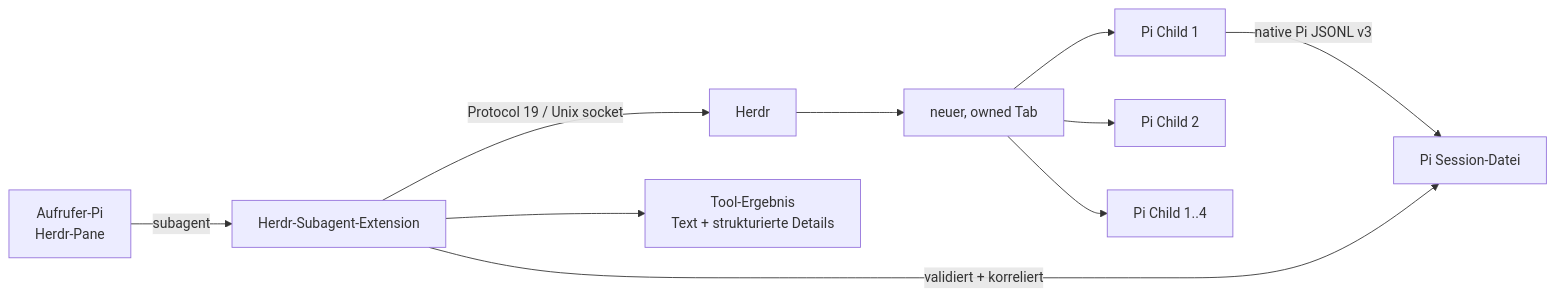
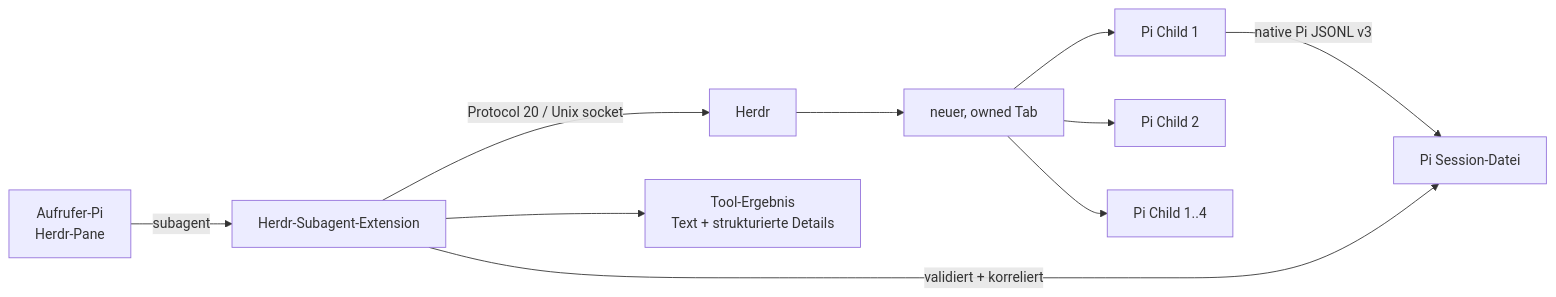
The first of 6 diagrams in .pi/agent/extensions/herdr-subagent/README.md (Eckii24/dotfiles), drawn with Mermaid before and after one commit. The commit also changed other lines of this file and 6 other files, not shown here.

Commit message:
fix(herdr): update protocol compatibility handling

````diff
--- a/.pi/agent/extensions/herdr-subagent/README.md
+++ b/.pi/agent/extensions/herdr-subagent/README.md
@@ -28,12 +28,12 @@
 ```mermaid
 flowchart LR
   P[Aufrufer-Pi\nHerdr-Pane] -->|subagent| E[Herdr-Subagent-Extension]
-  E -->|Protocol 19 / Unix socket| H[Herdr]
+  E -->|Protocol 20 / Unix socket| H[Herdr]
   H --> T[neuer, owned Tab]
   T --> C1[Pi Child 1]
   T --> C2[Pi Child 2]
   T --> Cn[Pi Child 1..4]
   C1 -->|native Pi JSONL v3| S[Pi Session-Datei]
   E -->|validiert + korreliert| S
   E --> R[Tool-Ergebnis\nText + strukturierte Details]
 ```
````
